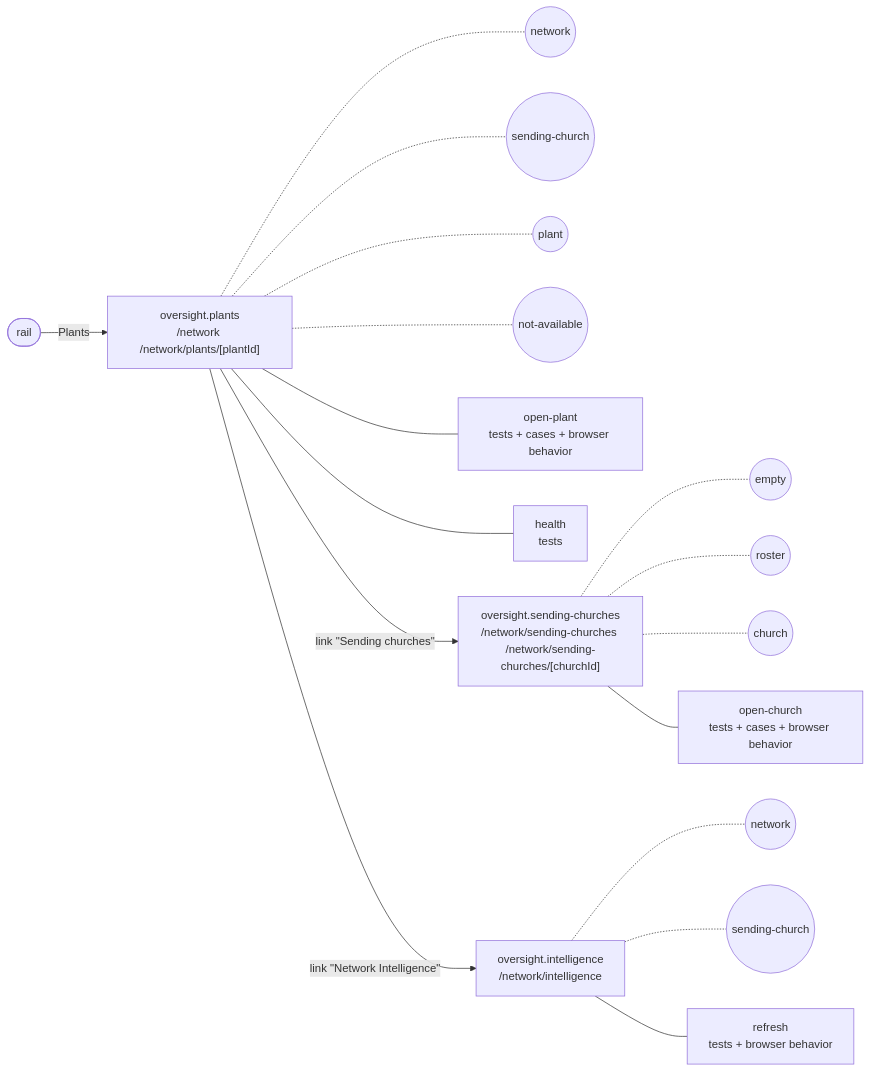
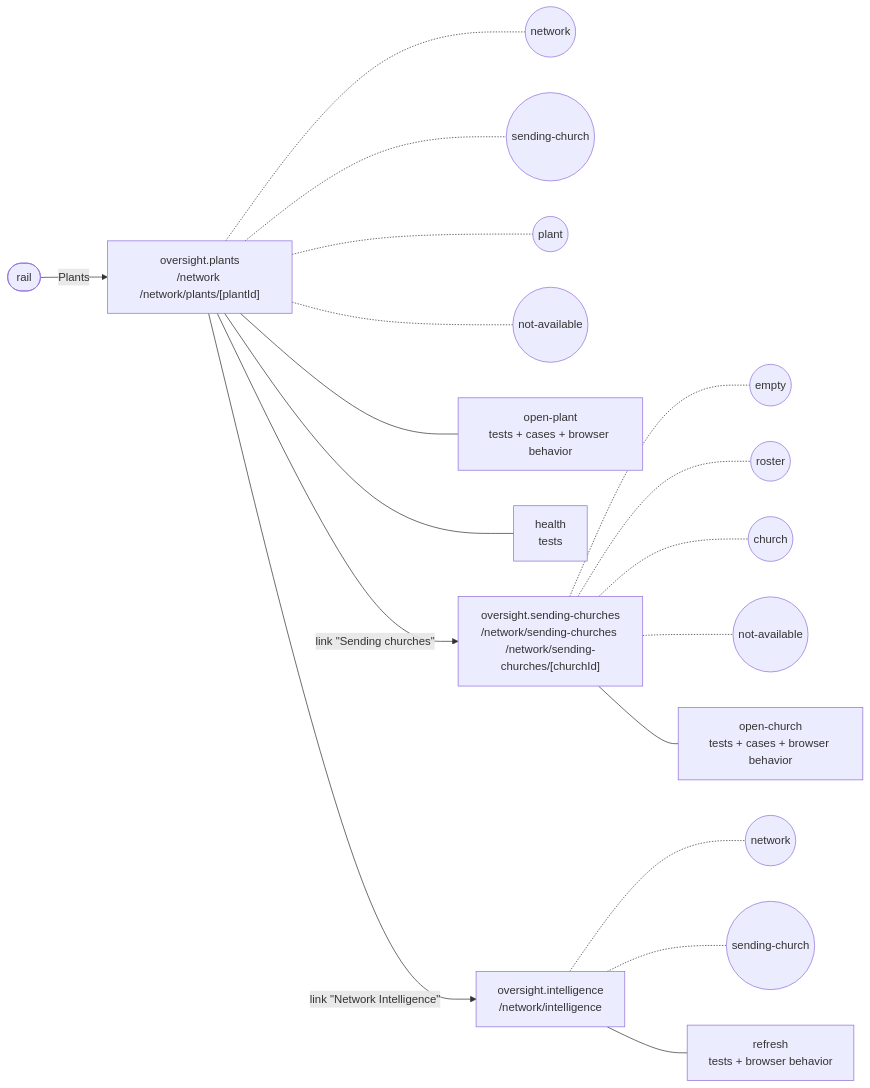
The diagram in docs/feature-maps/oversight.md (SebastianGarces/everyfield), drawn with Mermaid before and after one commit. The commit also changed other lines of this file and 2 other files, not shown here.

````diff
--- a/docs/feature-maps/oversight.md
+++ b/docs/feature-maps/oversight.md
@@ -6,23 +6,24 @@
 ```mermaid
 flowchart LR
   rail(["rail"])
   s0["oversight.plants<br/>/network /network/plants/[plantId]"]
   rail -- "Plants" --> s0
   s0 -.- s0_st0(("network"))
   s0 -.- s0_st1(("sending-church"))
   s0 -.- s0_st2(("plant"))
   s0 -.- s0_st3(("not-available"))
   s0 --- s0_b0["open-plant<br/>tests + cases + browser behavior"]
   s0 --- s0_b1["health<br/>tests"]
   s1["oversight.sending-churches<br/>/network/sending-churches /network/sending-churches/[churchId]"]
   s0 -- "link #quot;Sending churches#quot;" --> s1
   s1 -.- s1_st0(("empty"))
   s1 -.- s1_st1(("roster"))
   s1 -.- s1_st2(("church"))
+  s1 -.- s1_st3(("not-available"))
   s1 --- s1_b0["open-church<br/>tests + cases + browser behavior"]
   s2["oversight.intelligence<br/>/network/intelligence"]
   s0 -- "link #quot;Network Intelligence#quot;" --> s2
   s2 -.- s2_st0(("network"))
   s2 -.- s2_st1(("sending-church"))
   s2 --- s2_b0["refresh<br/>tests + browser behavior"]
 ```
````
